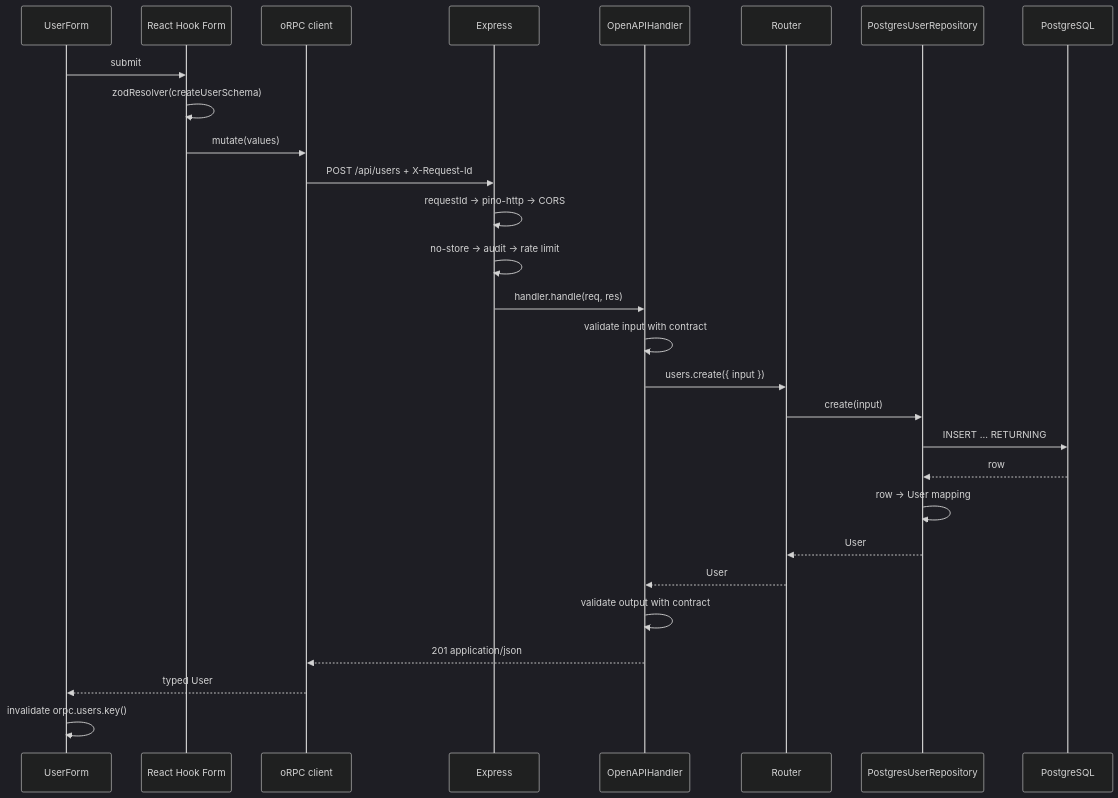
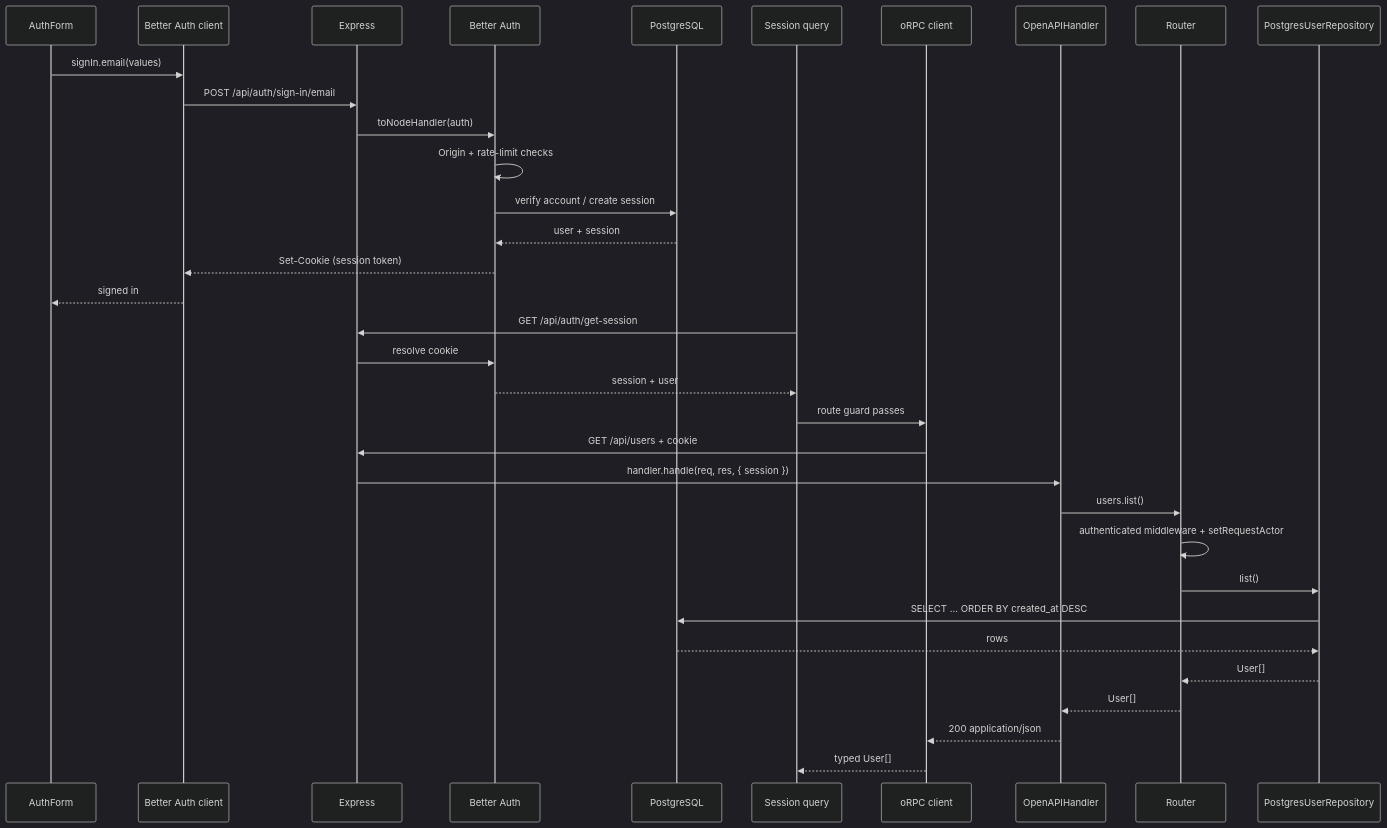
The diagram in docs/architecture.md (Juanxrpana/Evaluador_hack), drawn with Mermaid (dark theme) before and after one commit. The commit also changed other lines of this file and 37 other files, not shown here.

First line of the commit message:
feat(auth): add email/password authentication with Better Auth

````diff
--- a/docs/architecture.md
+++ b/docs/architecture.md
@@ -49,31 +52,39 @@
 ```mermaid
 sequenceDiagram
-  participant Form as UserForm
-  participant RHF as React Hook Form
+  participant Form as AuthForm
+  participant AC as Better Auth client
+  participant E as Express
+  participant BA as Better Auth
+  participant DB as PostgreSQL
+  participant Q as Session query
   participant O as oRPC client
-  participant E as Express
   participant H as OpenAPIHandler
   participant R as Router
   participant P as PostgresUserRepository
-  participant DB as PostgreSQL
 
-  Form->>RHF: submit
-  RHF->>RHF: zodResolver(createUserSchema)
-  RHF->>O: mutate(values)
-  O->>E: POST /api/users + X-Request-Id
-  E->>E: requestId → pino-http → CORS
-  E->>E: no-store → audit → rate limit
-  E->>H: handler.handle(req, res)
-  H->>H: validate input with contract
-  H->>R: users.create({ input })
-  R->>P: create(input)
-  P->>DB: INSERT ... RETURNING
-  DB-->>P: row
-  P->>P: row → User mapping
-  P-->>R: User
-  R-->>H: User
-  H->>H: validate output with contract
-  H-->>O: 201 application/json
-  O-->>Form: typed User
-  Form->>Form: invalidate orpc.users.key()
+  Form->>AC: signIn.email(values)
+  AC->>E: POST /api/auth/sign-in/email
+  E->>BA: toNodeHandler(auth)
+  BA->>BA: Origin + rate-limit checks
+  BA->>DB: verify account / create session
+  DB-->>BA: user + session
+  BA-->>AC: Set-Cookie (session token)
+  AC-->>Form: signed in
+
+  Q->>E: GET /api/auth/get-session
+  E->>BA: resolve cookie
+  BA-->>Q: session + user
+
+  Q->>O: route guard passes
+  O->>E: GET /api/users + cookie
+  E->>H: handler.handle(req, res, { session })
+  H->>R: users.list()
+  R->>R: authenticated middleware + setRequestActor
+  R->>P: list()
+  P->>DB: SELECT ... ORDER BY created_at DESC
+  DB-->>P: rows
+  P-->>R: User[]
+  R-->>H: User[]
+  H-->>O: 200 application/json
+  O-->>Q: typed User[]
 ```
````
